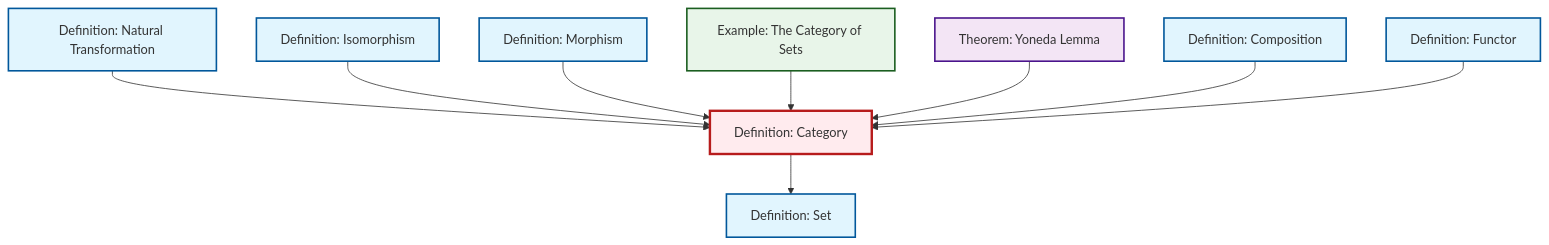
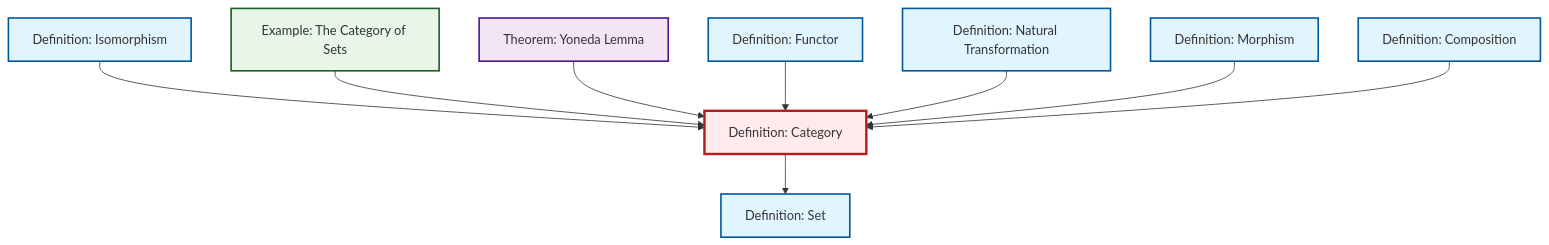
One commit to RK0429/ModernMath changed the diagram in content/ja/category-theory/def-category.qmd. Above: the diagram before and after it, drawn with Mermaid. The commit also changed other lines of this file and 417 other files, not shown here.

````diff
--- a/content/ja/category-theory/def-category.qmd
+++ b/content/ja/category-theory/def-category.qmd
@@ -47,35 +47,35 @@
 ```{mermaid}
 %%| fig-cap: "Local dependency graph"
 graph TD
     classDef definition fill:#e1f5fe,stroke:#01579b,stroke-width:2px
     classDef theorem fill:#f3e5f5,stroke:#4a148c,stroke-width:2px
     classDef axiom fill:#fff3e0,stroke:#e65100,stroke-width:2px
     classDef example fill:#e8f5e9,stroke:#1b5e20,stroke-width:2px
     classDef current fill:#ffebee,stroke:#b71c1c,stroke-width:3px
+    def-natural-transformation["Definition: Natural Transformation"]:::definition
+    def-functor["Definition: Functor"]:::definition
+    def-category["Definition: Category"]:::definition
+    def-morphism["Definition: Morphism"]:::definition
+    thm-yoneda["Theorem: Yoneda Lemma"]:::theorem
     def-composition["Definition: Composition"]:::definition
     def-isomorphism["Definition: Isomorphism"]:::definition
-    thm-yoneda["Theorem: Yoneda Lemma"]:::theorem
-    def-category["Definition: Category"]:::definition
     def-set["Definition: Set"]:::definition
     ex-set-category["Example: The Category of Sets"]:::example
-    def-functor["Definition: Functor"]:::definition
-    def-morphism["Definition: Morphism"]:::definition
-    def-natural-transformation["Definition: Natural Transformation"]:::definition
-    def-natural-transformation --> def-category
-    def-category --> def-set
     def-isomorphism --> def-category
-    def-morphism --> def-category
     ex-set-category --> def-category
     thm-yoneda --> def-category
+    def-functor --> def-category
+    def-category --> def-set
+    def-natural-transformation --> def-category
+    def-morphism --> def-category
     def-composition --> def-category
-    def-functor --> def-category
     class def-category current
+    click def-natural-transformation "def-natural-transformation.html" "Definition: Natural Transformationへ"
+    click def-functor "def-functor.html" "Definition: Functorへ"
+    click def-morphism "def-morphism.html" "Definition: Morphismへ"
+    click thm-yoneda "thm-yoneda.html" "Theorem: Yoneda Lemmaへ"
     click def-composition "def-composition.html" "Definition: Compositionへ"
     click def-isomorphism "def-isomorphism.html" "Definition: Isomorphismへ"
-    click thm-yoneda "thm-yoneda.html" "Theorem: Yoneda Lemmaへ"
     click def-set "def-set.html" "Definition: Setへ"
     click ex-set-category "ex-set-category.html" "Example: The Category of Setsへ"
-    click def-functor "def-functor.html" "Definition: Functorへ"
-    click def-morphism "def-morphism.html" "Definition: Morphismへ"
-    click def-natural-transformation "def-natural-transformation.html" "Definition: Natural Transformationへ"
 ```
````
